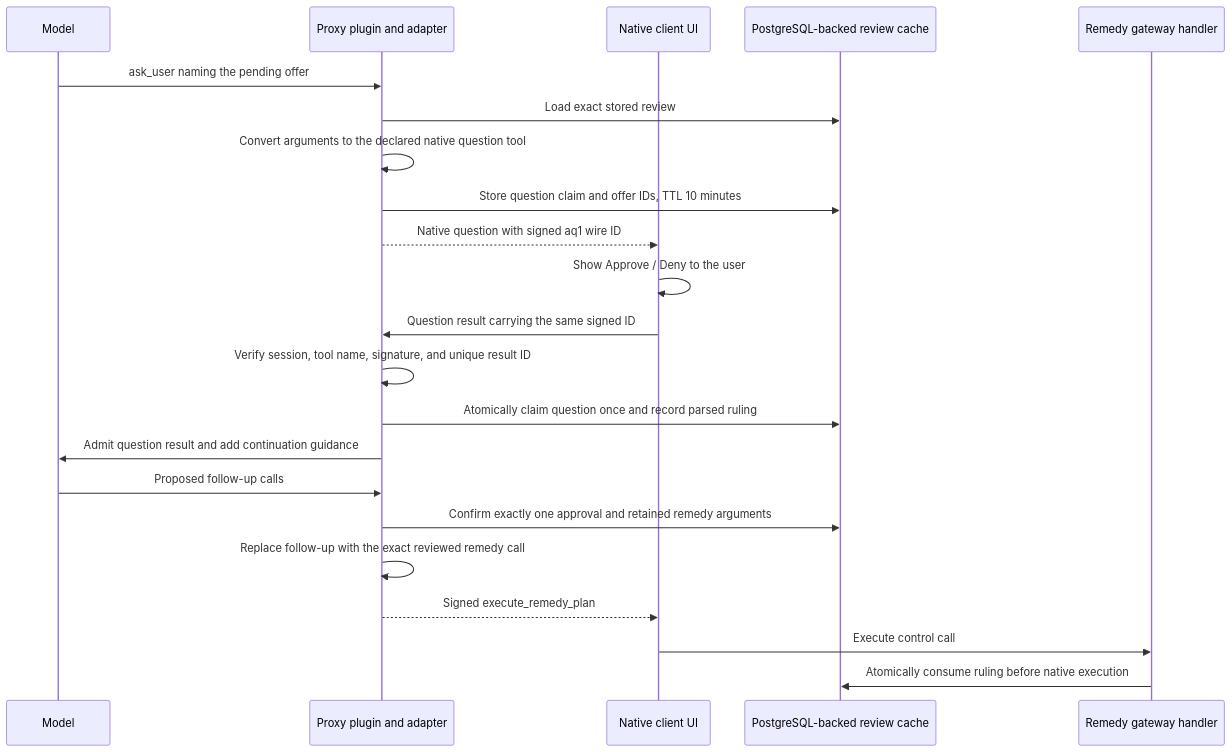
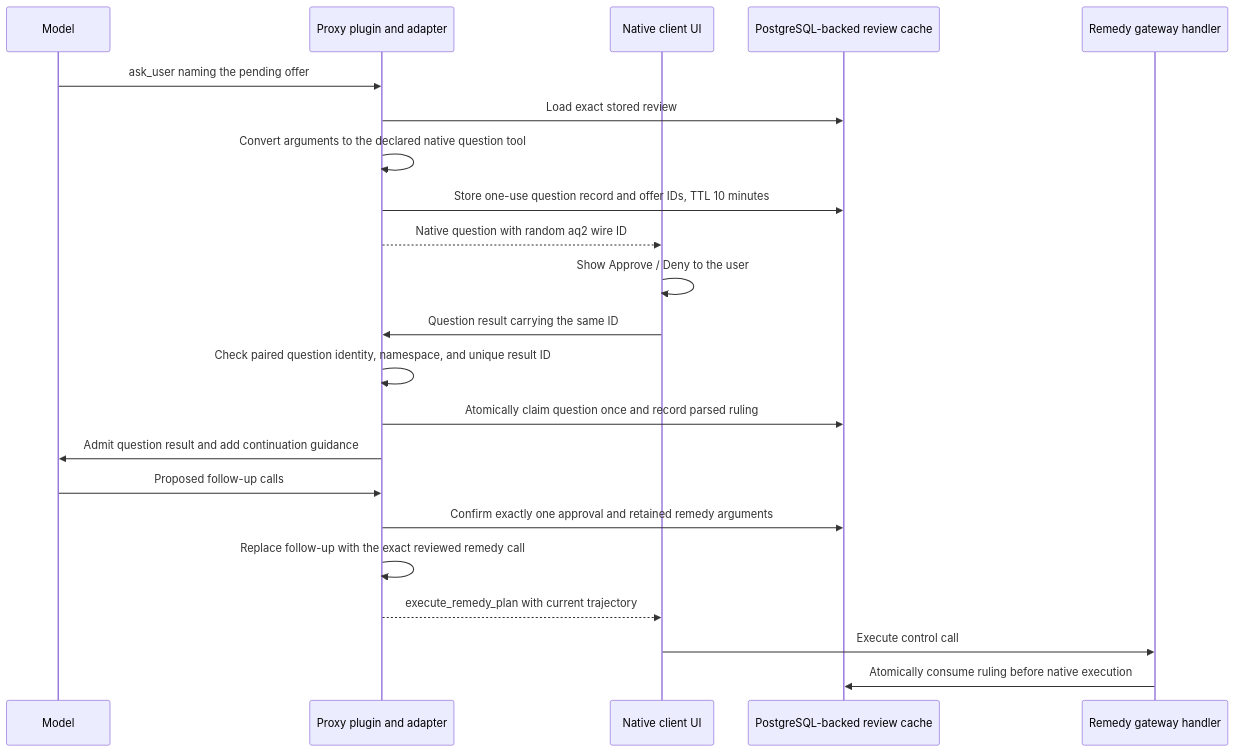
Before and after one commit to archestra-ai/archestra: the sixth of 10 diagrams in docs/openappa-architecture.md, drawn with Mermaid. The commit also changed other lines of this file and 81 other files, not shown here.

````diff
--- a/docs/openappa-architecture.md
+++ b/docs/openappa-architecture.md
@@ -396,24 +453,24 @@
 ```mermaid
 sequenceDiagram
   participant M as Model
   participant P as Proxy plugin and adapter
   participant C as Native client UI
   participant H as PostgreSQL-backed review cache
   participant G as Remedy gateway handler
   M->>P: ask_user naming the pending offer
   P->>H: Load exact stored review
   P->>P: Convert arguments to the declared native question tool
-  P->>H: Store question claim and offer IDs, TTL 10 minutes
-  P-->>C: Native question with signed aq1 wire ID
+  P->>H: Store one-use question record and offer IDs, TTL 10 minutes
+  P-->>C: Native question with random aq2 wire ID
   C->>C: Show Approve / Deny to the user
-  C->>P: Question result carrying the same signed ID
-  P->>P: Verify session, tool name, signature, and unique result ID
+  C->>P: Question result carrying the same ID
+  P->>P: Check paired question identity, namespace, and unique result ID
   P->>H: Atomically claim question once and record parsed ruling
   P->>M: Admit question result and add continuation guidance
   M->>P: Proposed follow-up calls
   P->>H: Confirm exactly one approval and retained remedy arguments
   P->>P: Replace follow-up with the exact reviewed remedy call
-  P-->>C: Signed execute_remedy_plan
+  P-->>C: execute_remedy_plan with current trajectory
   C->>G: Execute control call
   G->>H: Atomically consume ruling before native execution
 ```
````
